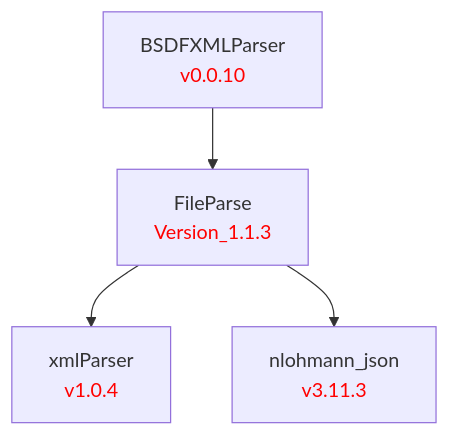
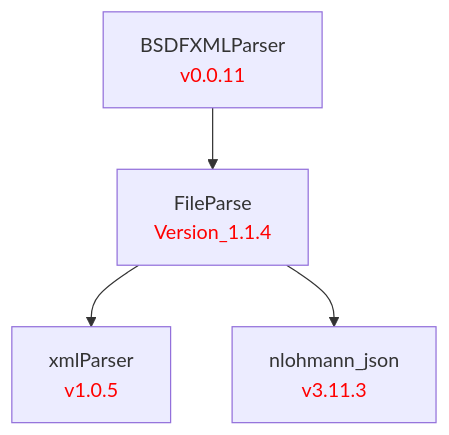
One commit to LBNL-ETA/BSDFXMLParser changed the diagram in doc/BSDFXMLParser.md. Above: the diagram before and after it, drawn with Mermaid. The commit also changed 6 other files, not shown here.

First line of the commit message:
Add CMake presets, bump FileParse to Version_1.1.4, version 0.0.11

````diff
--- a/doc/BSDFXMLParser.md
+++ b/doc/BSDFXMLParser.md
@@ -1,13 +1,13 @@
 ```mermaid
 graph TD
     %% Package definitions
-    xmlParser[xmlParser<br/><font color='red'>v1.0.4</font>]
+    xmlParser[xmlParser<br/><font color='red'>v1.0.5</font>]
     nlohmann_json[nlohmann_json<br/><font color='red'>v3.11.3</font>]
-    FileParse[FileParse<br/><font color='red'>Version_1.1.3</font>]
-    BSDFXMLParser[BSDFXMLParser<br/><font color='red'>v0.0.10</font>]
+    FileParse[FileParse<br/><font color='red'>Version_1.1.4</font>]
+    BSDFXMLParser[BSDFXMLParser<br/><font color='red'>v0.0.11</font>]
 
     %% Package relations
     BSDFXMLParser --> FileParse
     FileParse --> xmlParser
     FileParse --> nlohmann_json
 ```
````
